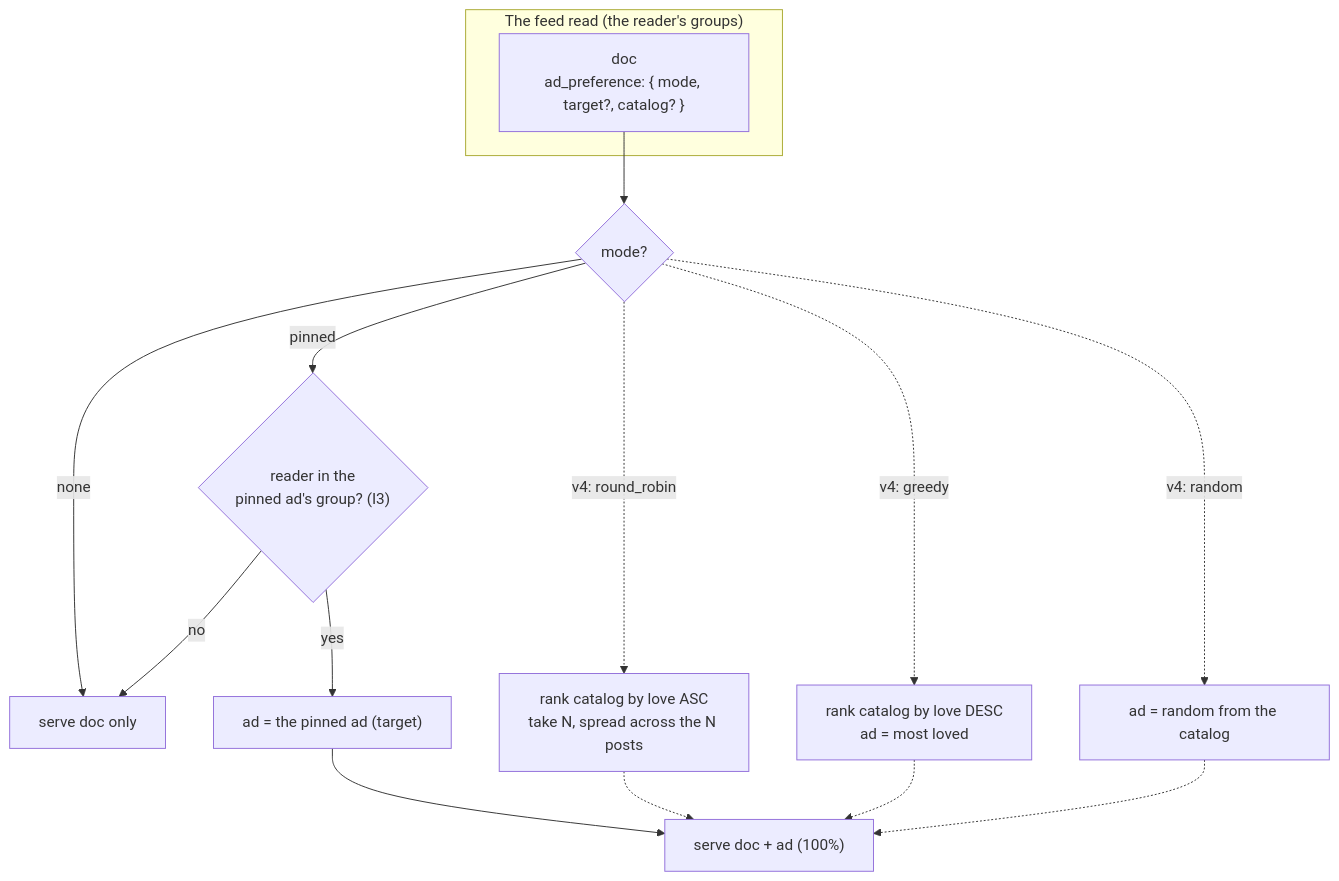
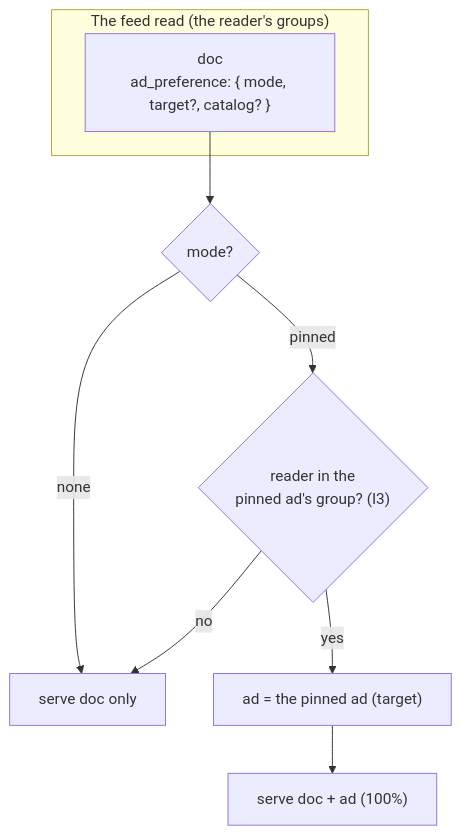
Before and after one commit to jacoby149/web10: the diagram in knowledge/knowledge-base/web10-v3/social/ads-dissemination.md, drawn with Mermaid. The commit also changed other lines of this file and 3 other files, not shown here.

````diff
--- a/knowledge/knowledge-base/web10-v3/social/ads-dissemination.md
+++ b/knowledge/knowledge-base/web10-v3/social/ads-dissemination.md
@@ -127,22 +52,15 @@
 ```mermaid
 flowchart TD
     subgraph FEED["The feed read (the reader's groups)"]
         D["doc<br/>ad_preference: { mode, target?, catalog? }"]
     end
 
     D --> M{"mode?"}
 
     M -->|none| N["serve doc only"]
 
     M -->|pinned| C{"reader in the<br/>pinned ad's group? (I3)"}
     C -->|no| N
     C -->|yes| P["ad = the pinned ad (target)"]
     P --> S["serve doc + ad (100%)"]
-
-    M -.->|v4: round_robin| R["rank catalog by love ASC<br/>take N, spread across the N posts"]
-    M -.->|v4: greedy| G["rank catalog by love DESC<br/>ad = most loved"]
-    M -.->|v4: random| X["ad = random from the catalog"]
-    R -.-> S
-    G -.-> S
-    X -.-> S
 ```
````
